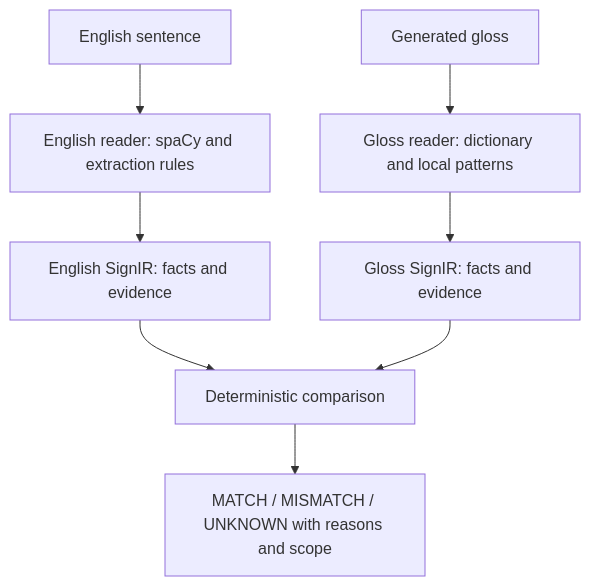
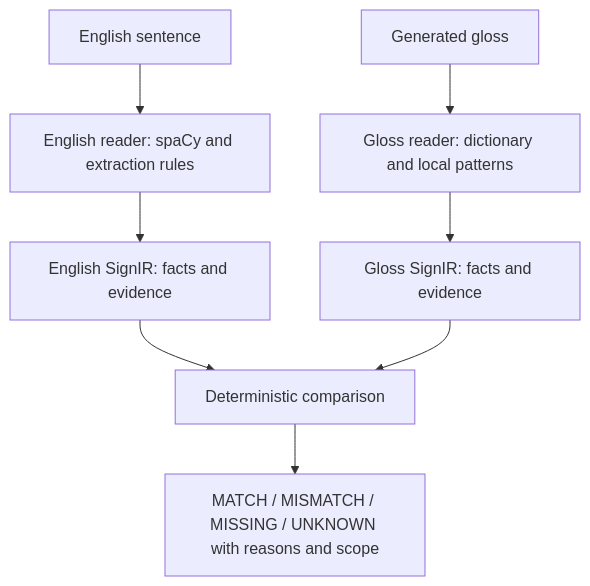
One commit to sanaro99/signir changed the diagram in README.md. Above: the diagram before and after it, drawn with Mermaid. The commit also changed other lines of this file and 12 other files, not shown here.

````diff
--- a/README.md
+++ b/README.md
@@ -113,10 +122,10 @@
 ```mermaid
 flowchart TD
     E[English sentence] --> ER[English reader: spaCy and extraction rules]
     G[Generated gloss] --> GR[Gloss reader: dictionary and local patterns]
     ER --> EI[English SignIR: facts and evidence]
     GR --> GI[Gloss SignIR: facts and evidence]
     EI --> C[Deterministic comparison]
     GI --> C
-    C --> O[MATCH / MISMATCH / UNKNOWN with reasons and scope]
+    C --> O[MATCH / MISMATCH / MISSING / UNKNOWN with reasons and scope]
 ```
````
